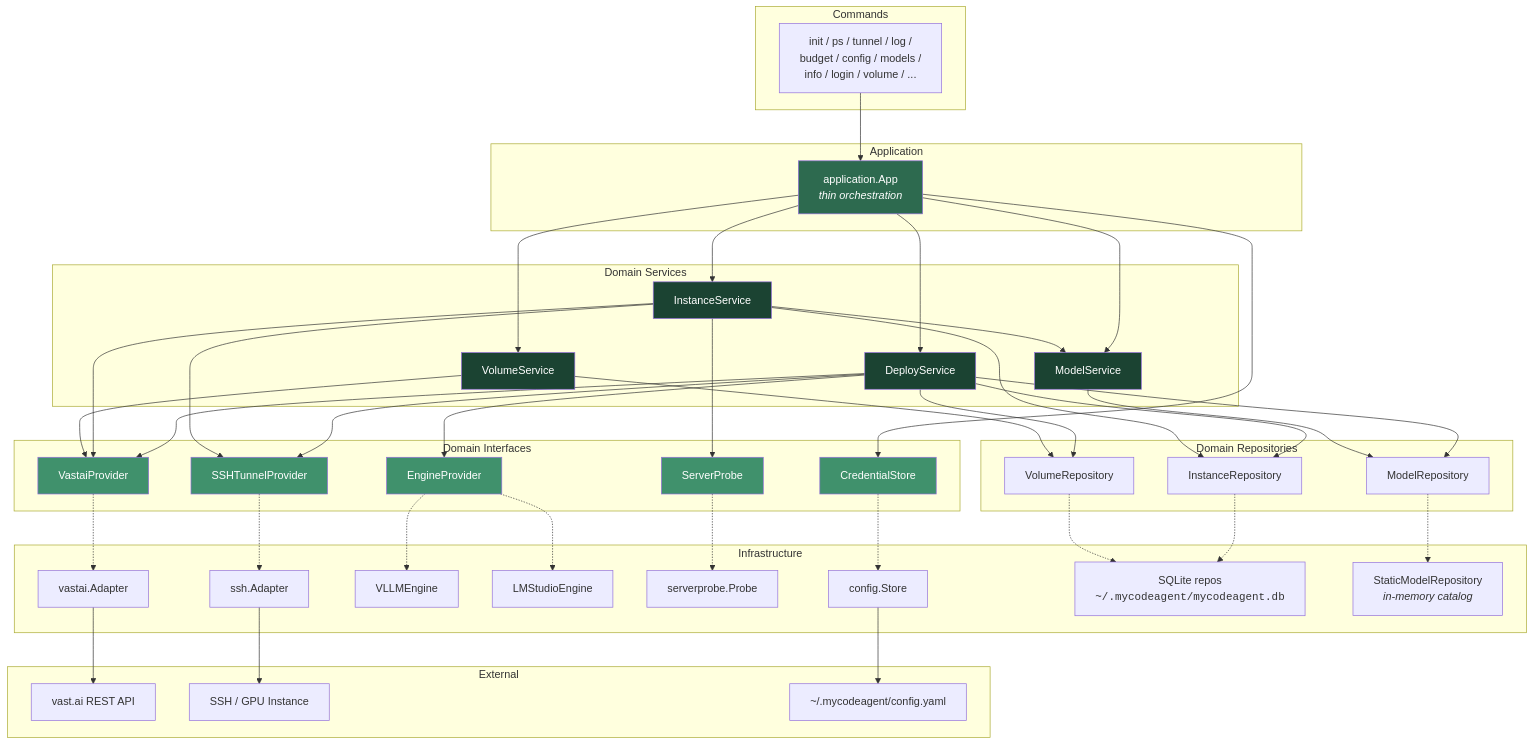
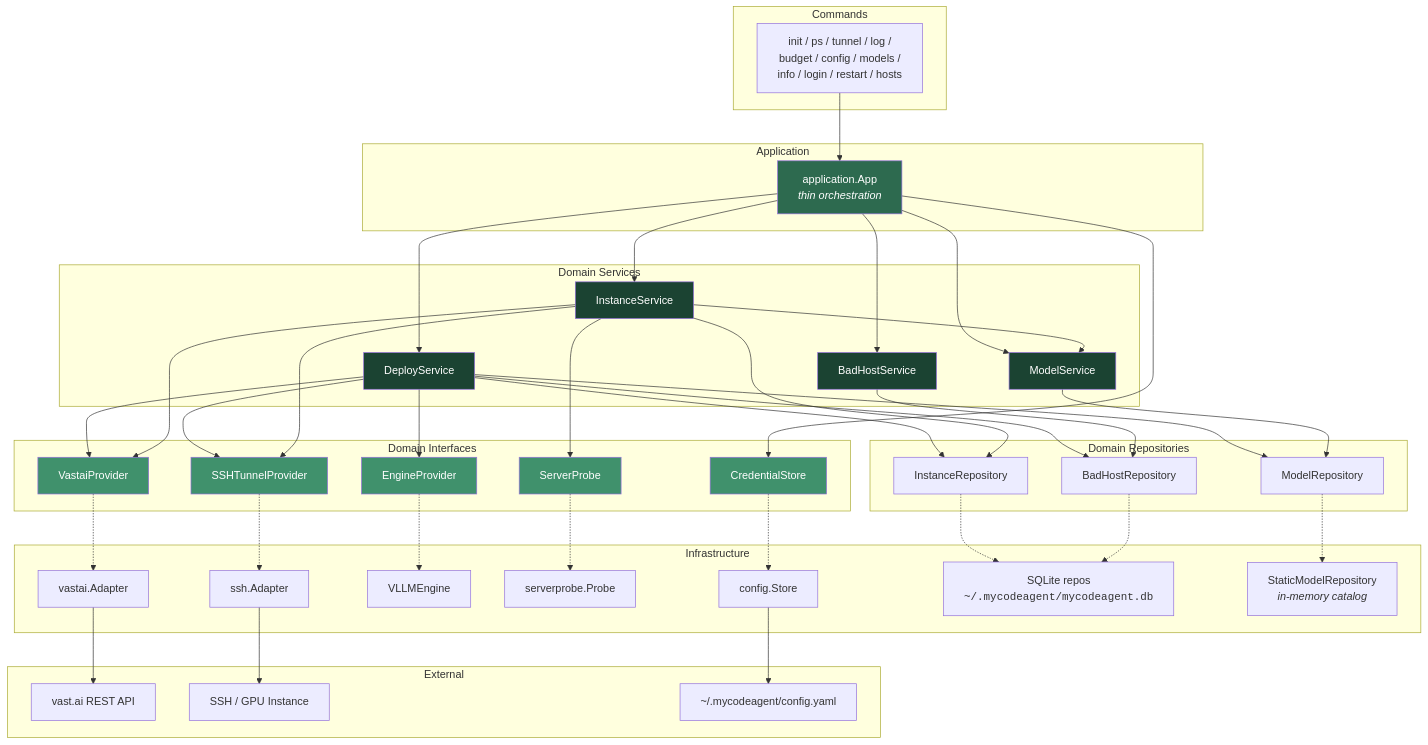
Before and after one commit to WWTLF/mycodeagent: the first of 6 diagrams in docs/Solution.md, drawn with Mermaid. The commit also changed other lines of this file and 25 other files, not shown here.

````diff
--- a/docs/Solution.md
+++ b/docs/Solution.md
@@ -35,7 +37,7 @@
 ```mermaid
 graph TD
     subgraph "Commands"
-        CMD["init / ps / tunnel / log /<br/>budget / config / models /<br/>info / login / volume / ..."]
+        CMD["init / ps / tunnel / log /<br/>budget / config / models /<br/>info / login / restart / hosts"]
     end
 
     subgraph "Application"
@@ -45,8 +47,8 @@
     subgraph "Domain Services"
         DSVC["DeployService"]
         ISVC["InstanceService"]
-        VSVC["VolumeService"]
         MSVC["ModelService"]
+        BSVC["BadHostService"]
     end
 
     subgraph "Domain Interfaces"
@@ -59,7 +61,7 @@
 
     subgraph "Domain Repositories"
         IR["InstanceRepository"]
-        VR["VolumeRepository"]
+        BR["BadHostRepository"]
         MR["ModelRepository"]
     end
 
@@ -67,7 +69,6 @@
         VA["vastai.Adapter"]
         SA["ssh.Adapter"]
         VE["VLLMEngine"]
-        LE["LMStudioEngine"]
         SPI["serverprobe.Probe"]
         CST["config.Store"]
         SQ["SQLite repos<br/><code>~/.mycodeagent/mycodeagent.db</code>"]
@@ -83,15 +84,15 @@
     CMD --> APP
     APP --> DSVC
     APP --> ISVC
-    APP --> VSVC
     APP --> MSVC
+    APP --> BSVC
     APP --> CS
 
     DSVC --> VP
     DSVC --> SP
     DSVC --> EP
     DSVC --> IR
-    DSVC --> VR
+    DSVC --> BR
     DSVC --> MR
 
     ISVC --> VP
@@ -100,26 +101,23 @@
     ISVC --> IR
     ISVC --> MSVC
 
-    VSVC --> VP
-    VSVC --> VR
-
     MSVC --> MR
+    BSVC --> BR
 
     VP -.-> VA --> VAST
     SP -.-> SA --> SSHTGT
     EP -.-> VE
-    EP -.-> LE
     PROBE -.-> SPI
     CS -.-> CST --> FS
     IR -.-> SQ
-    VR -.-> SQ
+    BR -.-> SQ
     MR -.-> STAT
 
     style APP fill:#2d6a4f,color:#fff
     style DSVC fill:#1b4332,color:#fff
     style ISVC fill:#1b4332,color:#fff
-    style VSVC fill:#1b4332,color:#fff
     style MSVC fill:#1b4332,color:#fff
+    style BSVC fill:#1b4332,color:#fff
     style VP fill:#40916c,color:#fff
     style SP fill:#40916c,color:#fff
     style EP fill:#40916c,color:#fff
````
